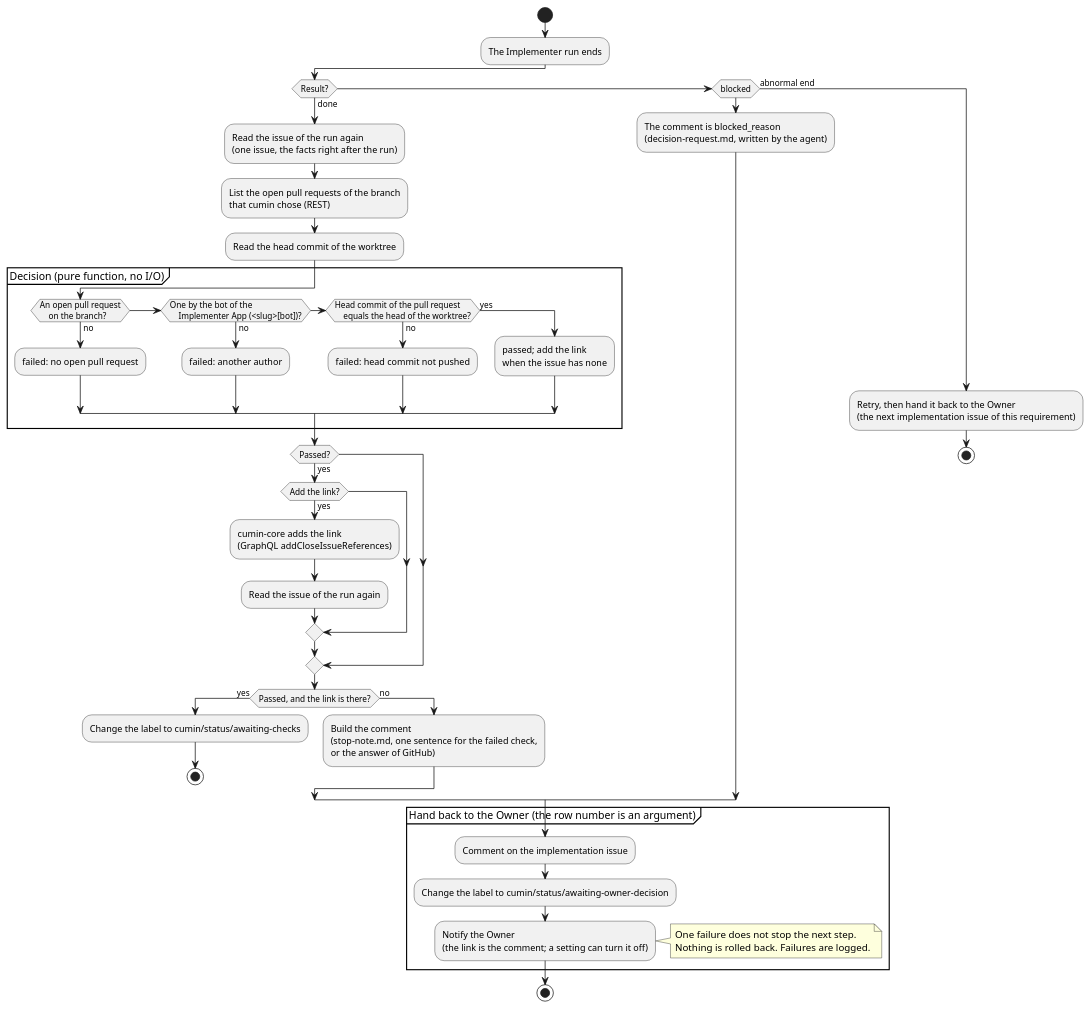
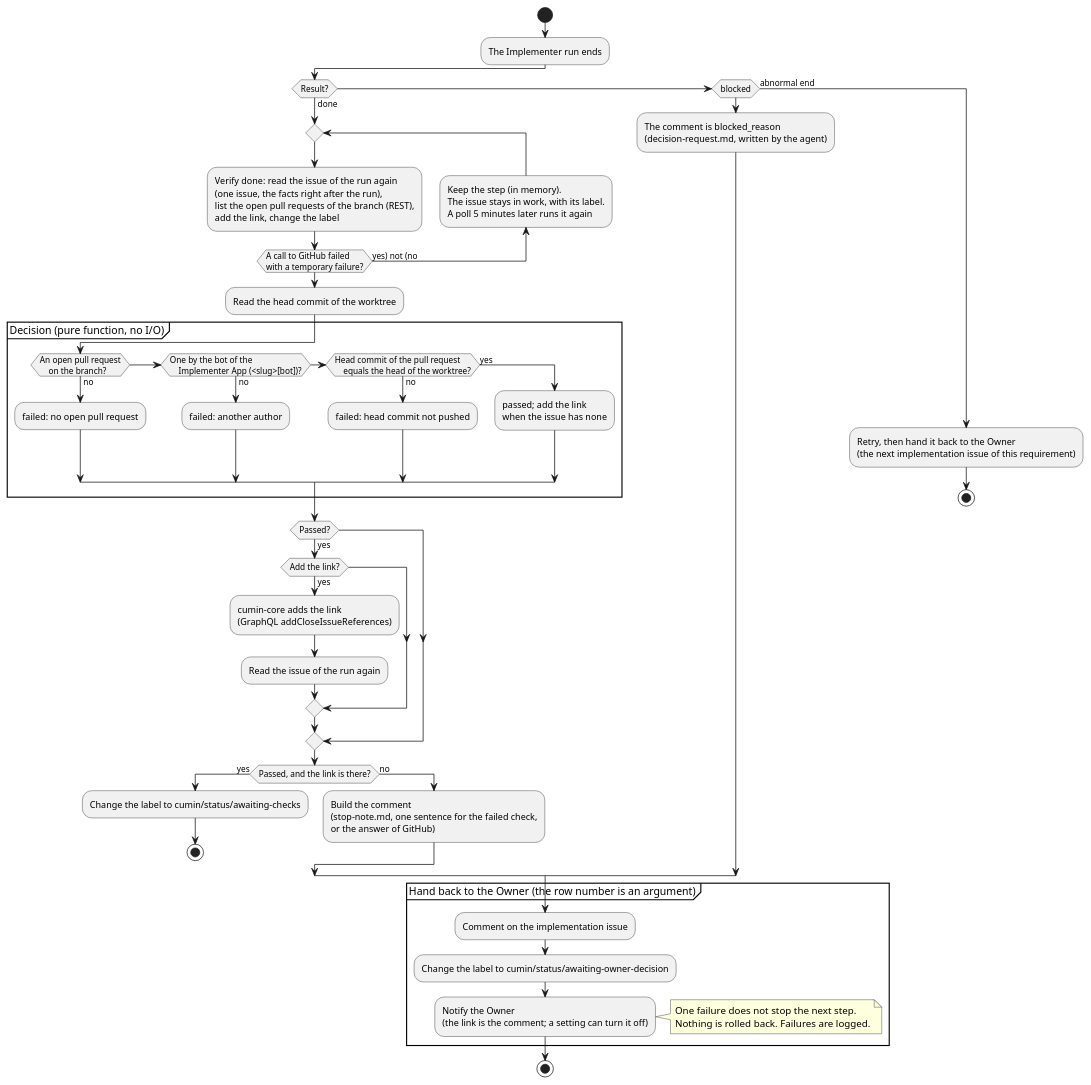
Before and after one commit to cloveclovedev/cumin-works: the diagram in docs/ja/designs/poll-verify.puml, drawn with PlantUML. The commit also changed 4 other files, not shown here.

Commit message:
docs(designs): describe the kept step of verify done

```diff
--- a/docs/ja/designs/poll-verify.puml
+++ b/docs/ja/designs/poll-verify.puml
@@ -1,66 +1,72 @@
 @startuml poll-verify
-' cumin works - the end of a run (I2): the checks after an Implementer run, and the way back to the Owner.
+' cumin works - the end of a run (I2): the checks after an Implementer run, the kept step after a temporary failure, and the way back to the Owner.
 ' Document: poll.md, sections on the end of a run and the way back to the Owner.
 ' Render: run scripts/render-diagrams.sh at the root of the repository.
 skinparam shadowing false
 skinparam defaultFontName sans-serif
 
 start
 :The Implementer run ends;
 if (Result?) then (done)
-  :Read the issue of the run again
-  (one issue, the facts right after the run);
-  :List the open pull requests of the branch
-  that cumin chose (REST);
+  repeat
+    :Verify done: read the issue of the run again
+    (one issue, the facts right after the run),
+    list the open pull requests of the branch (REST),
+    add the link, change the label;
+    backward :Keep the step (in memory).
+    The issue stays in work, with its label.
+    A poll 5 minutes later runs it again;
+  repeat while (A call to GitHub failed
+  with a temporary failure?) is (yes) not (no)
   :Read the head commit of the worktree;
   partition "Decision (pure function, no I/O)" {
     if (An open pull request
     on the branch?) then (no)
       :failed: no open pull request;
     elseif (One by the bot of the
     Implementer App (<slug>[bot])?) then (no)
       :failed: another author;
     elseif (Head commit of the pull request
     equals the head of the worktree?) then (no)
       :failed: head commit not pushed;
     else (yes)
       :passed; add the link
       when the issue has none;
     endif
   }
   if (Passed?) then (yes)
     if (Add the link?) then (yes)
       :cumin-core adds the link
       (GraphQL addCloseIssueReferences);
       :Read the issue of the run again;
     endif
   endif
   if (Passed, and the link is there?) then (yes)
     :Change the label to cumin/status/awaiting-checks;
     stop
   else (no)
     :Build the comment
     (stop-note.md, one sentence for the failed check,
     or the answer of GitHub);
   endif
 elseif (blocked) then
   :The comment is blocked_reason
   (decision-request.md, written by the agent);
 else (abnormal end)
   :Retry, then hand it back to the Owner
   (the next implementation issue of this requirement);
   stop
 endif
 
 partition "Hand back to the Owner (the row number is an argument)" {
   :Comment on the implementation issue;
   :Change the label to cumin/status/awaiting-owner-decision;
   :Notify the Owner
   (the link is the comment; a setting can turn it off);
 }
 note right
   One failure does not stop the next step.
   Nothing is rolled back. Failures are logged.
 end note
 stop
 @enduml
```
